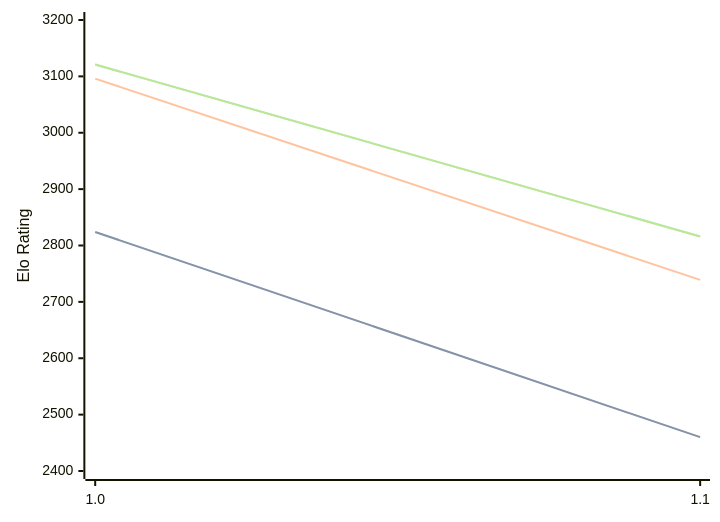
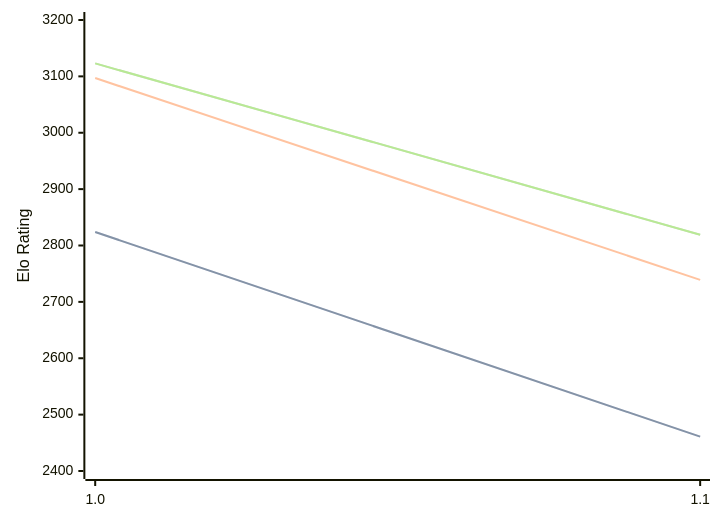
One commit to computer-chess-index/cci changed the diagram in engines/Publius.md. Above: the diagram before and after it, drawn with Mermaid. The commit also changed other lines of this file, not shown here.

Commit message:
Update CCI Ratings (ELO VLTC) - 2026-07-23

````diff
--- a/engines/Publius.md
+++ b/engines/Publius.md
@@ -32,11 +32,11 @@
 ```mermaid
 %%{init: {"theme":"base","themeVariables":{"seriesColors:['#a3a3a3','#222221','#faa371']}}}%%
 xychart-beta
   x-axis ["1.0", "1.1"]
   y-axis "Elo Rating" 2400 --> 3200
-  line "STC (8.0+0.08s)" [2824, 2460]
-  line "STC (8.0+0.08s)" [2824, 2460]
-  line "LTC (60.0+0.60s)" [3096, 2739]
-  line "VLTC (2m24s+1.12s)" [3121, 2816]
-  line "VLTC (2m24s+1.12s)" [3121, 2816]
+  line "STC (8.0+0.08s)" [2824, 2461]
+  line "STC (8.0+0.08s)" [2824, 2461]
+  line "LTC (60.0+0.60s)" [3097, 2739]
+  line "VLTC (2m24s+1.12s)" [3123, 2819]
+  line "VLTC (2m24s+1.12s)" [3123, 2819]
 ```
````
